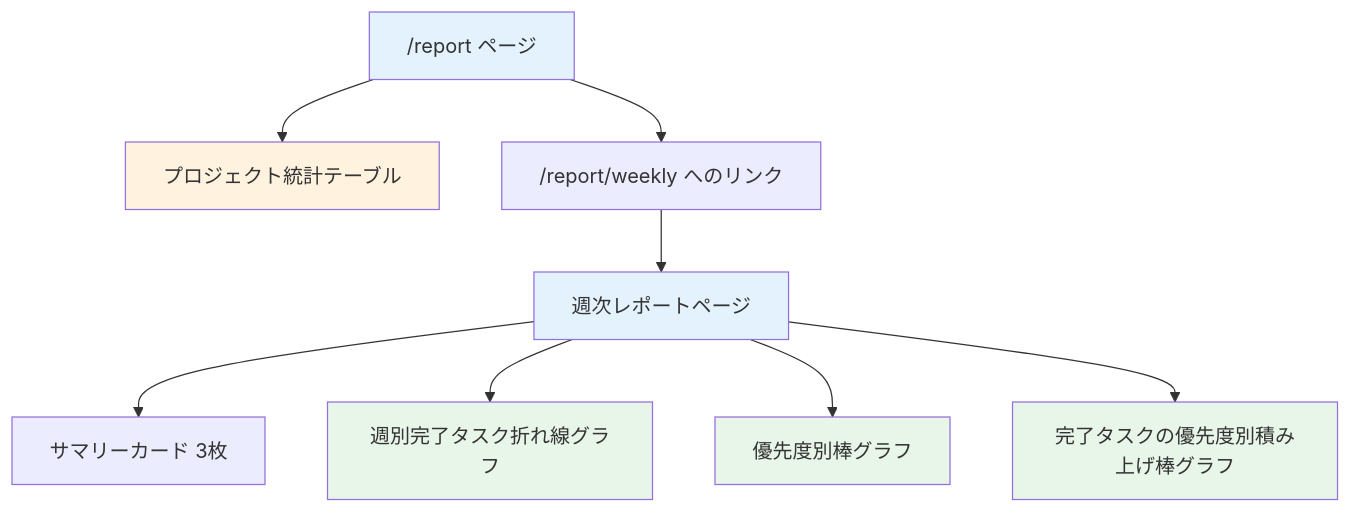
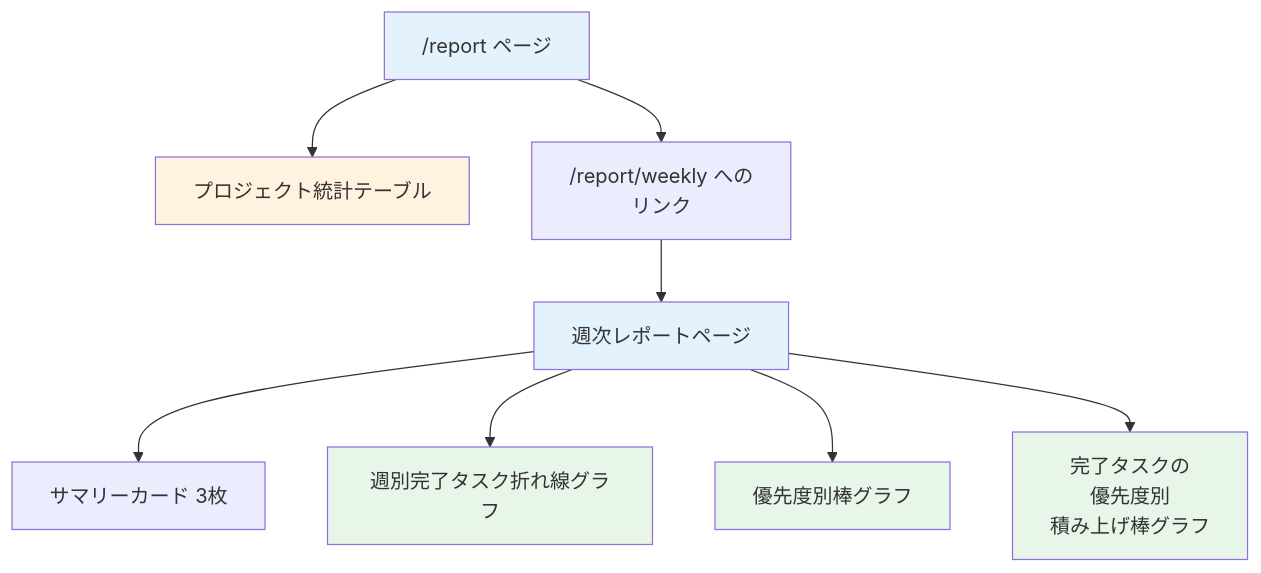
Before and after one commit to kouiso/task-app: the first of 2 diagrams in material/30days-curriculum/day23_週次レポート.md, drawn with Mermaid. The commit also changed other lines of this file and 24 other files, not shown here.

First line of the commit message:
fix(material): Mermaid 図のファイル名キャプションとノード途中折れを直す (#457) (#718)

````diff
--- a/material/30days-curriculum/day23_週次レポート.md
+++ b/material/30days-curriculum/day23_週次レポート.md
@@ -46,17 +46,17 @@
 ```mermaid
 flowchart TD
     A["/report ページ"] --> B[プロジェクト統計テーブル]
-    A --> C["/report/weekly へのリンク"]
+    A --> C["/report/weekly への<br/>リンク"]
     C --> D[週次レポートページ]
     D --> E[サマリーカード 3枚]
     D --> F[週別完了タスク折れ線グラフ]
     D --> G[優先度別棒グラフ]
-    D --> H[完了タスクの優先度別積み上げ棒グラフ]
+    D --> H[完了タスクの<br/>優先度別<br/>積み上げ棒グラフ]
 
     style A fill:#e3f2fd
     style B fill:#fff3e0
     style D fill:#e3f2fd
     style F fill:#e8f5e9
     style G fill:#e8f5e9
     style H fill:#e8f5e9
 ```
````
